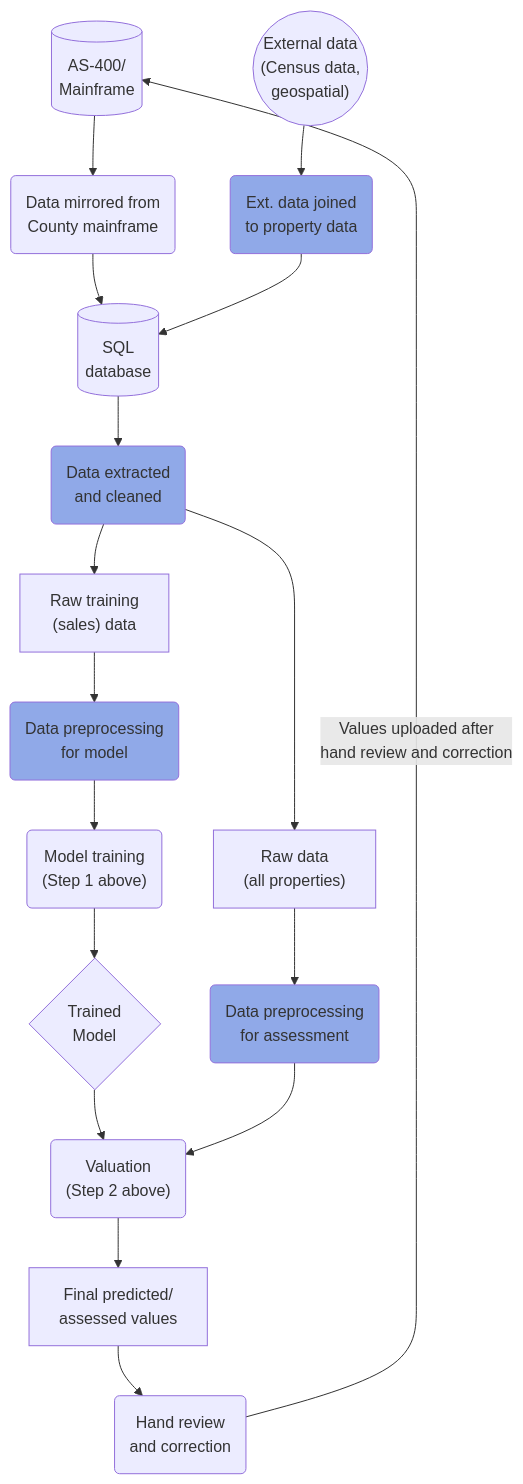
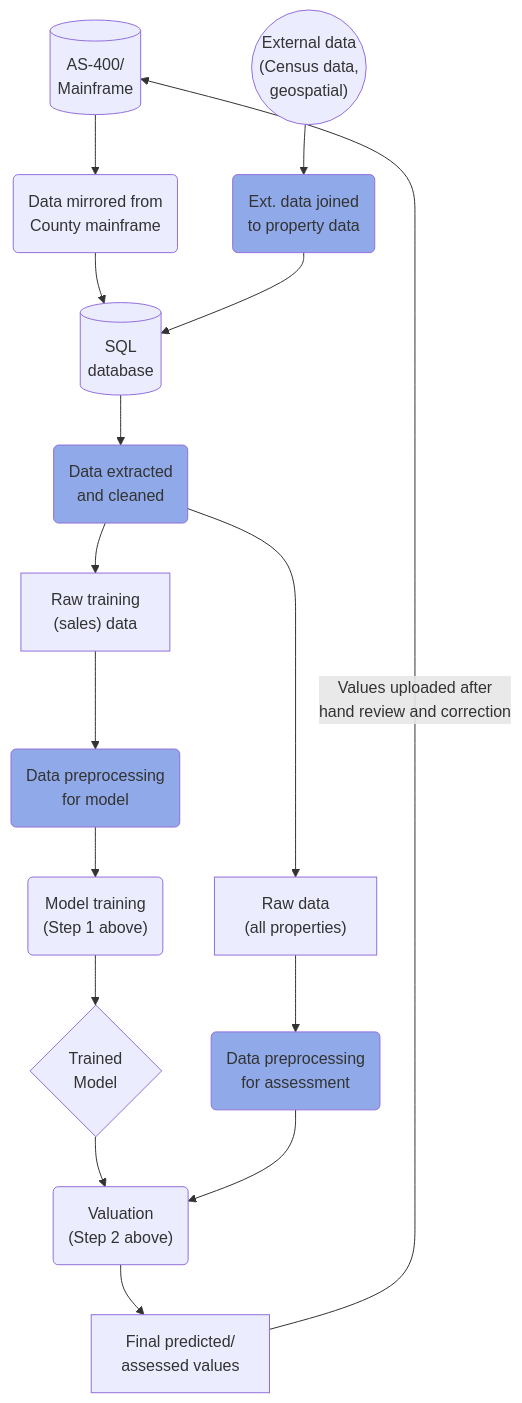
The diagram in README.Rmd (ccao-data/model-res-avm), drawn with Mermaid before and after one commit. The commit also changed other lines of this file and 1 other file, not shown here.

````diff
--- a/README.Rmd
+++ b/README.Rmd
@@ -43,47 +43,45 @@
 ```mermaid
 graph TB
     as400[("AS-400/<br>Mainframe")]
     mirror("Data mirrored from<br>County mainframe")
     ext_data(("External data<br>(Census data,<br>geospatial)"))
     etl_pinlocations("Ext. data joined<br>to property data")
     sql[("SQL<br>database")]
     etl_res_data("Data extracted<br>and cleaned")
     data_train["Raw training<br>(sales) data"]
     data_ass["Raw data<br>(all properties)"]
 
     prep1("Data preprocessing<br>for model")
     prep2("Data preprocessing<br>for assessment")
     model_step1("Model training<br>(Step 1 above)")
     model_step2("Valuation<br>(Step 2 above)")
     model{"Trained<br>Model"}
     final_vals["Final predicted/<br>assessed values"]
-    desk_review("Hand review<br>and correction")
 
     click etl_res_data "https://gitlab.com/ccao-data-science---modeling/processes/etl_res_data"
     click etl_pinlocations "https://gitlab.com/ccao-data-science---modeling/processes/etl_pinlocations"
     click prep1 "https://gitlab.com/ccao-data-science---modeling/models/ccao_res_avm/-/blob/master/R/recipes.R#L5"
     click prep2 "https://gitlab.com/ccao-data-science---modeling/models/ccao_res_avm/-/blob/master/R/recipes.R#L5"
 
     classDef Link fill:#90a9e8;
     class etl_res_data Link;
     class etl_pinlocations Link;
     class prep1 Link;
     class prep2 Link;
 
     as400 --> mirror
     mirror --> sql
     ext_data --> etl_pinlocations
     etl_pinlocations --> sql
     sql --> etl_res_data
     etl_res_data --> data_train
     etl_res_data --> data_ass
     data_train --> prep1
     prep1 --> model_step1
     model_step1 --> model
     model --> model_step2
     data_ass --> prep2
     prep2 --> model_step2
     model_step2 --> final_vals
-    final_vals --> desk_review
-    desk_review -->|"Values uploaded after<br>hand review and correction"| as400
+    final_vals -->|"Values uploaded after<br>hand review and correction"| as400
 ```
````
